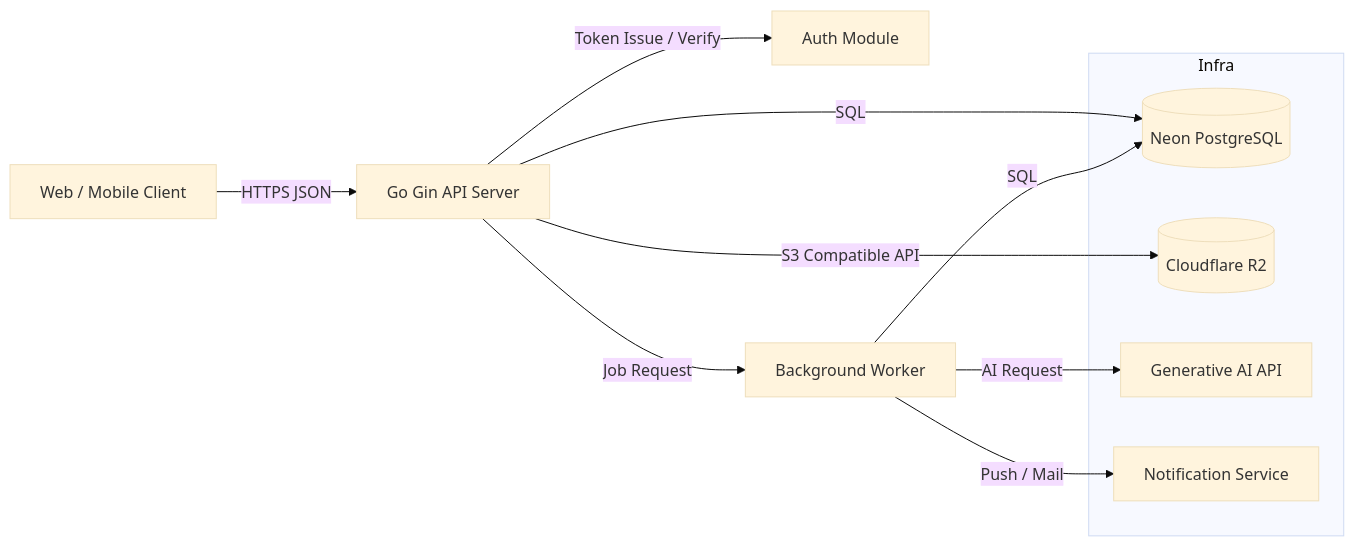
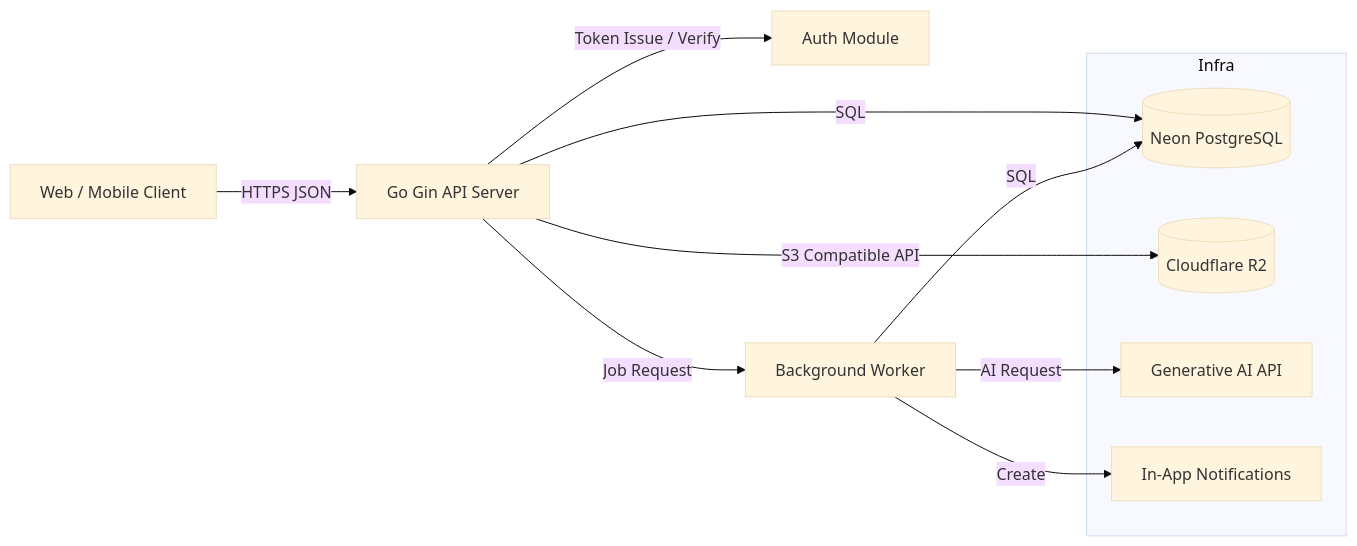
The first of 5 diagrams in doc/basic_design/architecture.md (Electric-Sheep-team6/backend), drawn with Mermaid (base theme) before and after one commit. The commit also changed other lines of this file and 3 other files, not shown here.

````diff
--- a/doc/basic_design/architecture.md
+++ b/doc/basic_design/architecture.md
@@ -7,18 +7,18 @@
 ```mermaid
 graph LR
   Web[Web / Mobile Client] -->|HTTPS JSON| API[Go Gin API Server]
   API -->|SQL| DB[(Neon PostgreSQL)]
   API -->|S3 Compatible API| Storage[(Cloudflare R2)]
   API -->|Token Issue / Verify| Auth[Auth Module]
   API -->|Job Request| Worker[Background Worker]
   Worker -->|SQL| DB
   Worker -->|AI Request| AI[Generative AI API]
-  Worker -->|Push / Mail| Notify[Notification Service]
+  Worker -->|Create| Notify[In-App Notifications]
 
   subgraph Infra
     DB
     Storage
     AI
     Notify
   end
 ```
````
